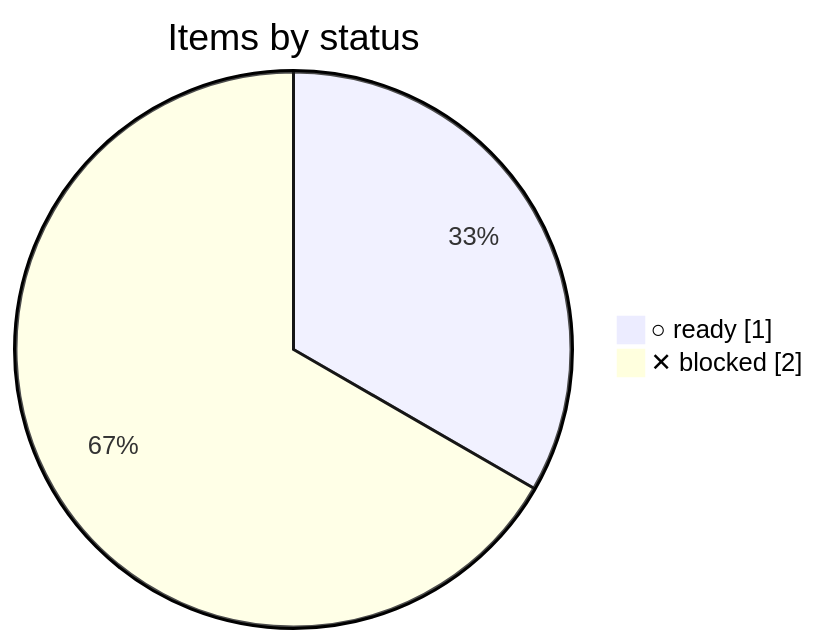
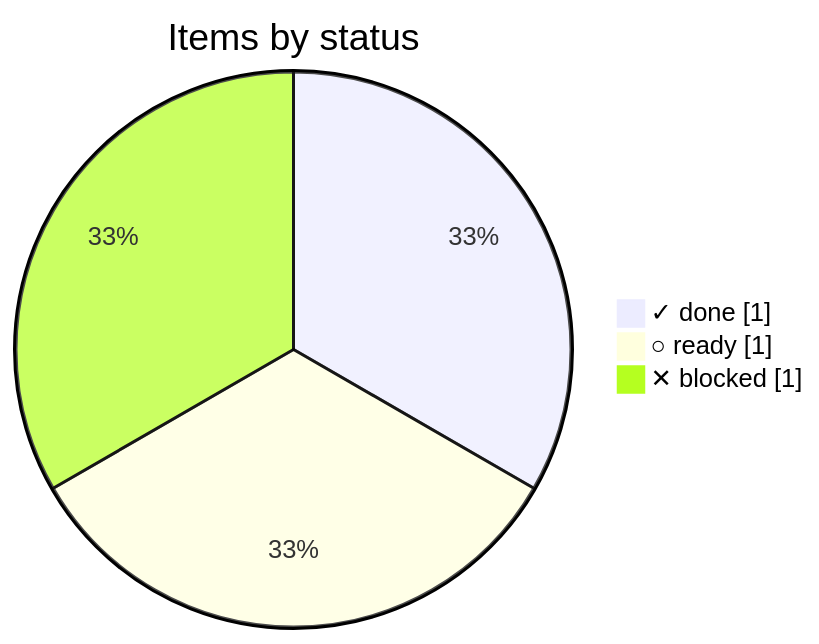
One commit to bvraghav/pmtrack changed the diagram in docs/ci.md. Above: the diagram before and after it, drawn with Mermaid. The commit also changed other lines of this file and 5 other files, not shown here.

````diff
--- a/docs/ci.md
+++ b/docs/ci.md
@@ -19,5 +19,6 @@
 ```mermaid
 pie showData title Items by status
+  "✓ done" : 1
   "○ ready" : 1
-  "✕ blocked" : 2
+  "✕ blocked" : 1
 ```
````
